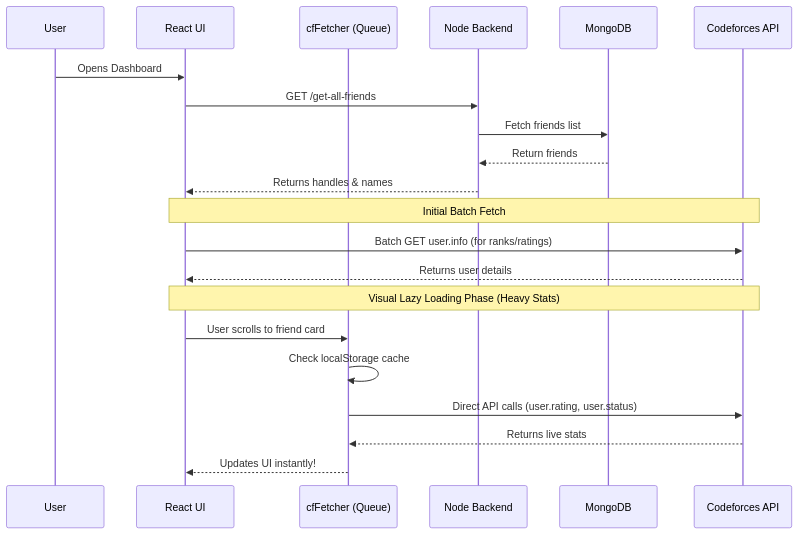
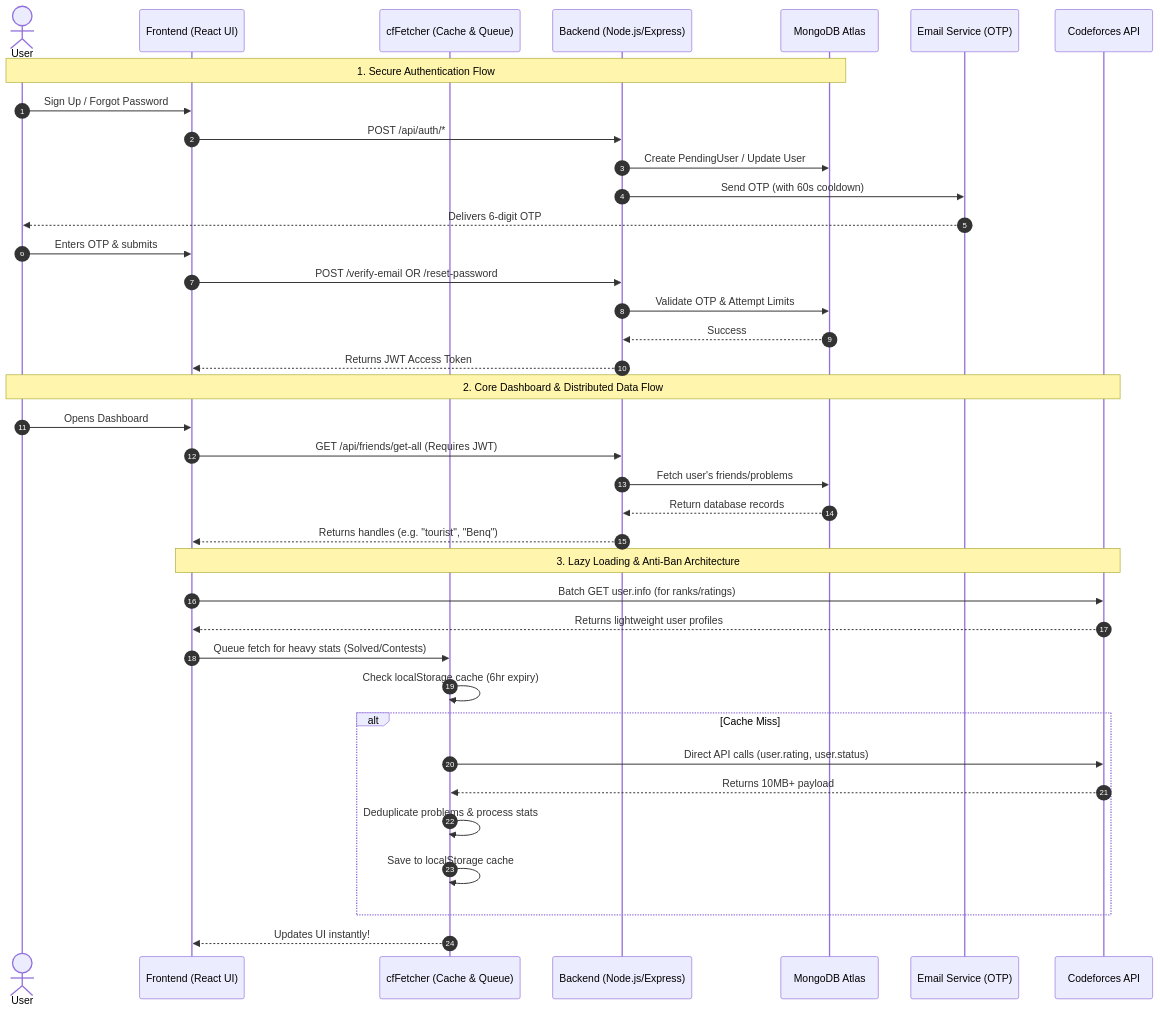
Before and after one commit to jarchit27/CodeSphere: the diagram in README.md, drawn with Mermaid. The commit also changed other lines of this file, not shown here.

````diff
--- a/README.md
+++ b/README.md
@@ -71,26 +74,48 @@
 ```mermaid
 sequenceDiagram
-    participant User
-    participant React as React UI
-    participant Queue as cfFetcher (Queue)
-    participant Node as Node Backend
-    participant Mongo as MongoDB
+    autonumber
+    
+    actor User
+    participant React as Frontend (React UI)
+    participant Fetcher as cfFetcher (Cache & Queue)
+    participant Node as Backend (Node.js/Express)
+    participant Mongo as MongoDB Atlas
+    participant Email as Email Service (OTP)
     participant CF as Codeforces API
 
+    %% Authentication Flow
+    Note over User, Mongo: 1. Secure Authentication Flow
+    User->>React: Sign Up / Forgot Password
+    React->>Node: POST /api/auth/*
+    Node->>Mongo: Create PendingUser / Update User
+    Node->>Email: Send OTP (with 60s cooldown)
+    Email-->>User: Delivers 6-digit OTP
+    User->>React: Enters OTP & submits
+    React->>Node: POST /verify-email OR /reset-password
+    Node->>Mongo: Validate OTP & Attempt Limits
+    Mongo-->>Node: Success
+    Node-->>React: Returns JWT Access Token
+
+    %% Core Data Flow
+    Note over User, CF: 2. Core Dashboard & Distributed Data Flow
     User->>React: Opens Dashboard
-    React->>Node: GET /get-all-friends
-    Node->>Mongo: Fetch friends list
-    Mongo-->>Node: Return friends
-    Node-->>React: Returns handles & names
+    React->>Node: GET /api/friends/get-all (Requires JWT)
+    Node->>Mongo: Fetch user's friends/problems
+    Mongo-->>Node: Return database records
+    Node-->>React: Returns handles (e.g. "tourist", "Benq")
     
-    Note over React, CF: Initial Batch Fetch
+    %% Lazy Loading & External API
+    Note over React, CF: 3. Lazy Loading & Anti-Ban Architecture
     React->>CF: Batch GET user.info (for ranks/ratings)
-    CF-->>React: Returns user details
+    CF-->>React: Returns lightweight user profiles
     
-    Note over React, CF: Visual Lazy Loading Phase (Heavy Stats)
-    React->>Queue: User scrolls to friend card
-    Queue->>Queue: Check localStorage cache
-    Queue->>CF: Direct API calls (user.rating, user.status)
-    CF-->>Queue: Returns live stats
-    Queue-->>React: Updates UI instantly!
+    React->>Fetcher: Queue fetch for heavy stats (Solved/Contests)
+    Fetcher->>Fetcher: Check localStorage cache (6hr expiry)
+    alt Cache Miss
+        Fetcher->>CF: Direct API calls (user.rating, user.status)
+        CF-->>Fetcher: Returns 10MB+ payload
+        Fetcher->>Fetcher: Deduplicate problems & process stats
+        Fetcher->>Fetcher: Save to localStorage cache
+    end
+    Fetcher-->>React: Updates UI instantly!
 ```
````
